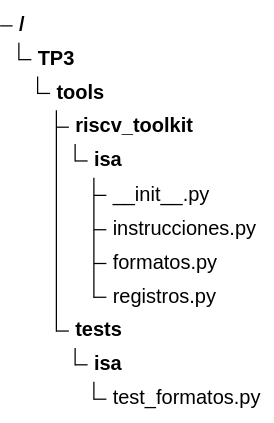
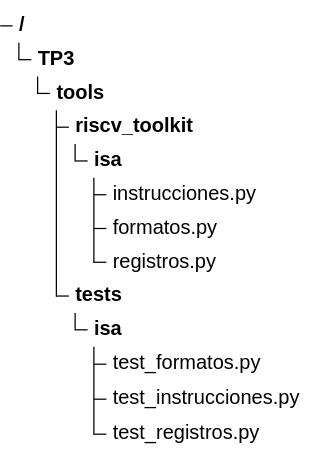
The seventh of 47 diagrams in docs/PRD-pipeline-riscv.md (nicopinera/tps-arqui), drawn with Mermaid before and after one commit. The commit also changed other lines of this file and 103 other files, not shown here.

````diff
--- a/docs/PRD-pipeline-riscv.md
+++ b/docs/PRD-pipeline-riscv.md
@@ -642,14 +697,15 @@
 ```mermaid
 treeView-beta
     "TP3/"
         "tools/"
             "riscv_toolkit/"
                 "isa/"
-                    "__init__.py"
                     "instrucciones.py"
                     "formatos.py"
                     "registros.py"
             "tests/"
                 "isa/"
                     "test_formatos.py"
+                    "test_instrucciones.py"
+                    "test_registros.py"
 ```
````
